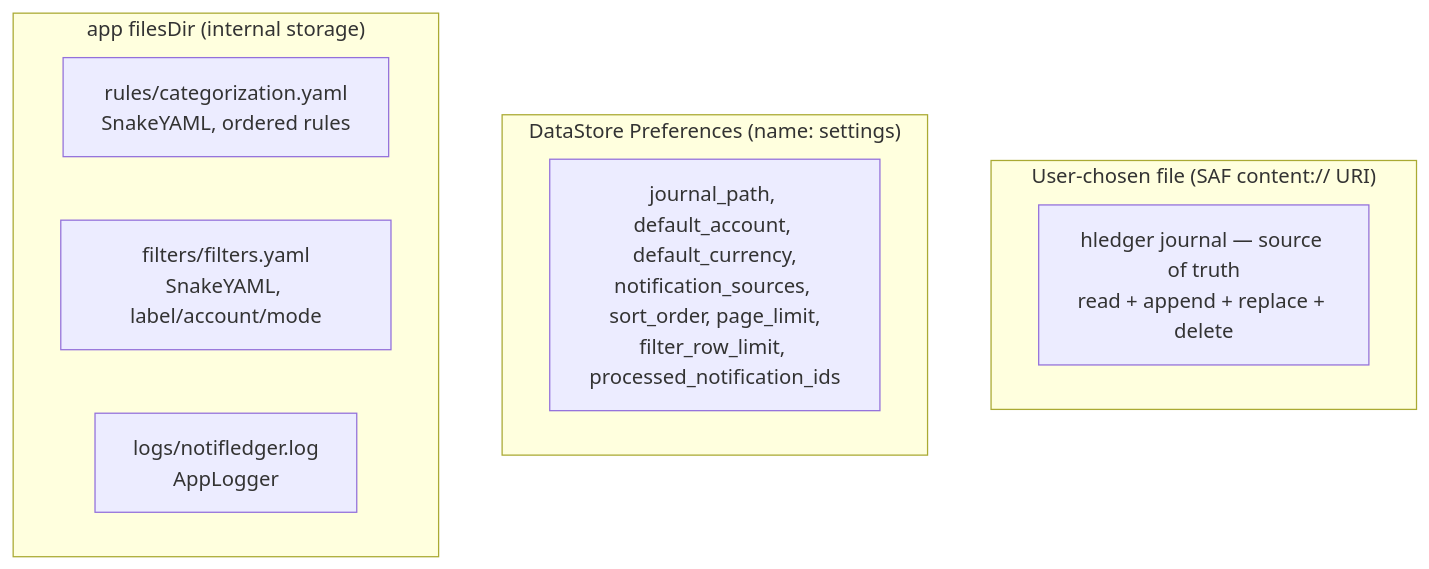
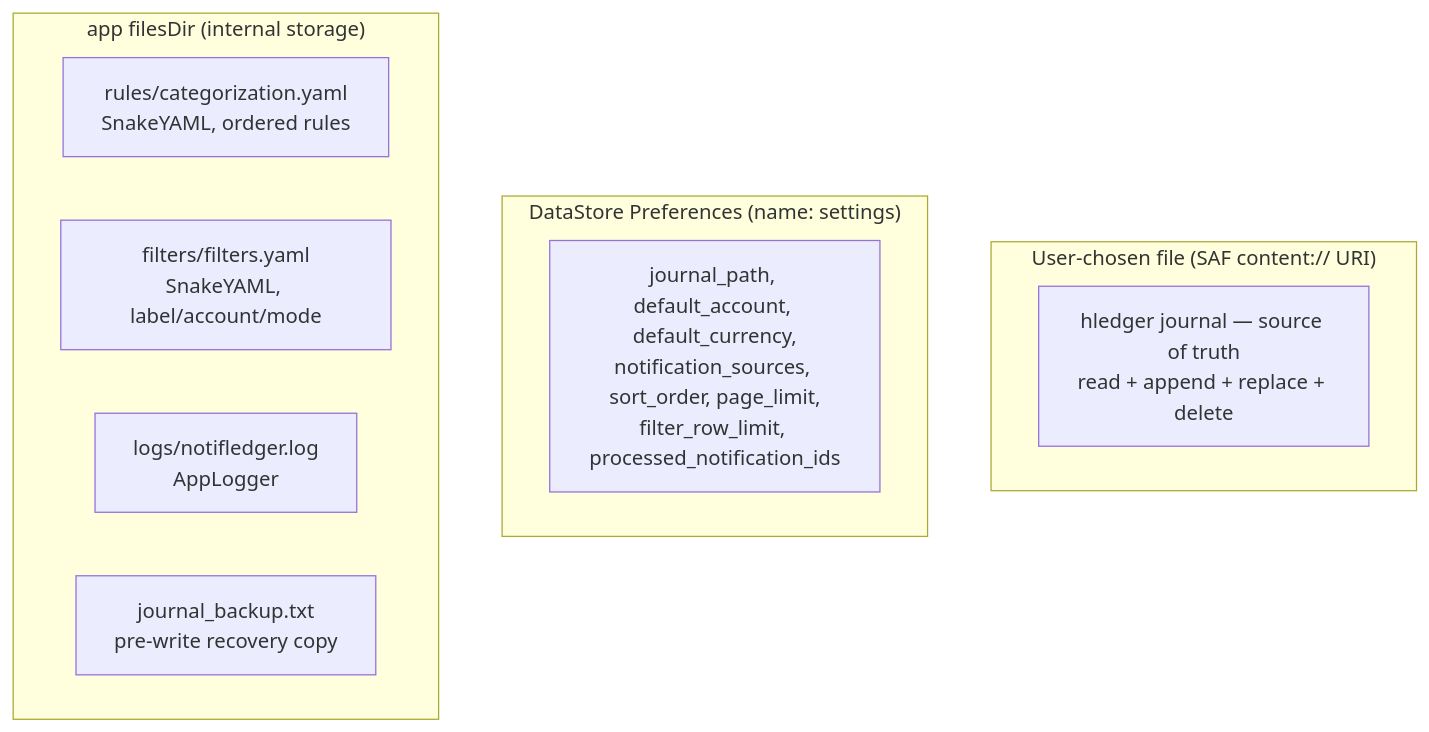
One commit to ukizet/NotifLedger changed the eighth of 8 diagrams in docs/architecture.md. Above: the diagram before and after it, drawn with Mermaid. The commit also changed other lines of this file and 23 other files, not shown here.

````diff
--- a/docs/architecture.md
+++ b/docs/architecture.md
@@ -292,16 +308,17 @@
 ```mermaid
 flowchart TB
     subgraph saf["User-chosen file (SAF content:// URI)"]
         journal["hledger journal — source of truth<br/>read + append + replace + delete"]
     end
 
     subgraph ds["DataStore Preferences (name: settings)"]
         keys["journal_path, default_account, default_currency,<br/>notification_sources, sort_order, page_limit,<br/>filter_row_limit, processed_notification_ids"]
     end
 
     subgraph internal["app filesDir (internal storage)"]
         rules["rules/categorization.yaml<br/>SnakeYAML, ordered rules"]
         filt["filters/filters.yaml<br/>SnakeYAML, label/account/mode"]
         logs["logs/notifledger.log<br/>AppLogger"]
+        backup["journal_backup.txt<br/>pre-write recovery copy"]
     end
 ```
````
